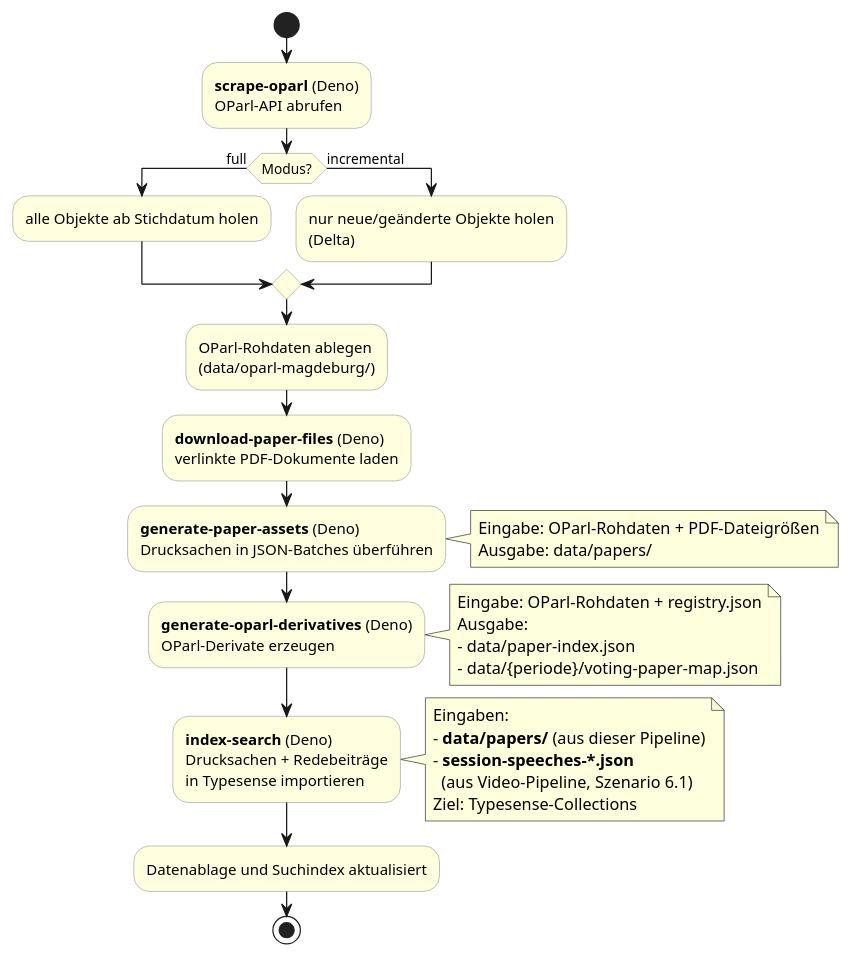
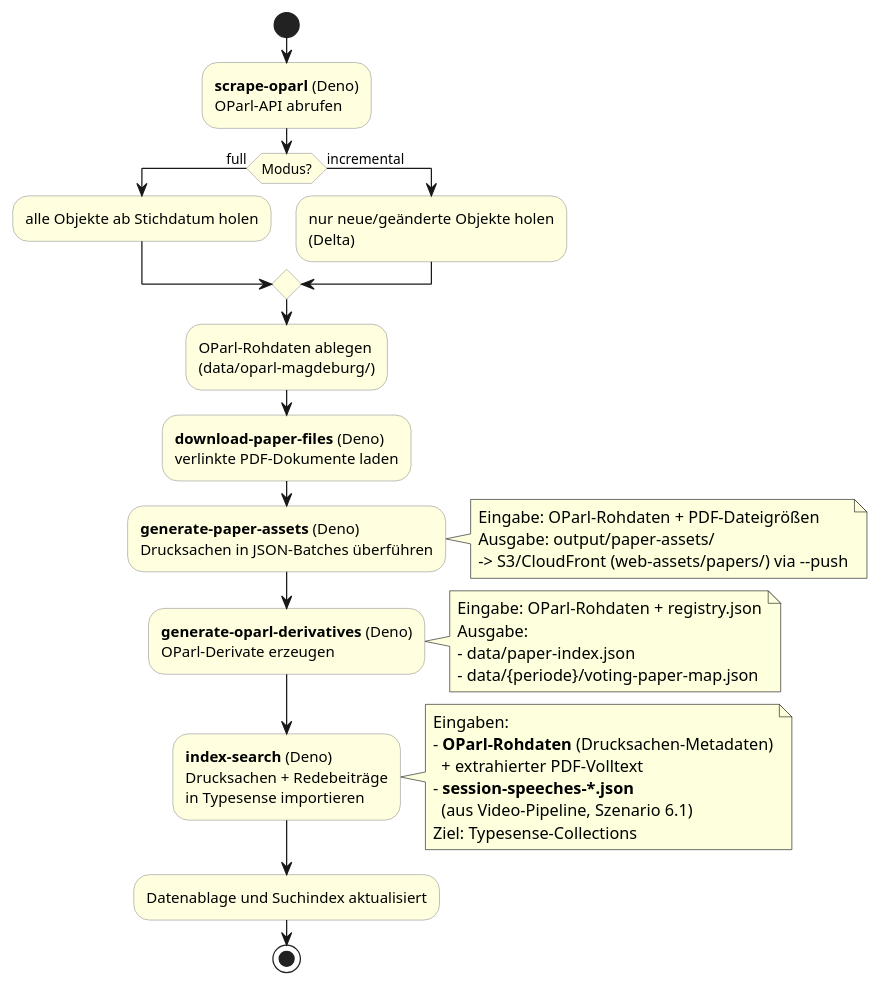
Before and after one commit to JensWinter/StadtratWatch-web: the diagram in docs/arc42/06-laufzeitsicht/02-oparl-ingestion.adoc, drawn with PlantUML. The commit also changed other lines of this file and 10 other files, not shown here.

First line of the commit message:
docs: consolidate runbook for scripted decentralized web-asset push (… (#493)

```diff
--- a/docs/arc42/06-laufzeitsicht/02-oparl-ingestion.adoc
+++ b/docs/arc42/06-laufzeitsicht/02-oparl-ingestion.adoc
@@ -26,45 +27,47 @@
 [plantuml,lz-oparl-ingestion,svg]
 ....
 @startuml
 skinparam shadowing false
 skinparam activity {
   BackgroundColor #lightyellow
   BorderColor #999999
 }
 
 start
 :**scrape-oparl** (Deno)\nOParl-API abrufen;
 if (Modus?) then (full)
   :alle Objekte ab Stichdatum holen;
 else (incremental)
   :nur neue/geänderte Objekte holen\n(Delta);
 endif
 :OParl-Rohdaten ablegen\n(data/oparl-magdeburg/);
 
 :**download-paper-files** (Deno)\nverlinkte PDF-Dokumente laden;
 :**generate-paper-assets** (Deno)\nDrucksachen in JSON-Batches überführen;
 note right
   Eingabe: OParl-Rohdaten + PDF-Dateigrößen
-  Ausgabe: data/papers/
+  Ausgabe: output/paper-assets/
+  -> S3/CloudFront (web-assets/papers/) via --push
 end note
 
 :**generate-oparl-derivatives** (Deno)\nOParl-Derivate erzeugen;
 note right
   Eingabe: OParl-Rohdaten + registry.json
   Ausgabe:
   - data/paper-index.json
   - data/{periode}/voting-paper-map.json
 end note
 
 :**index-search** (Deno)\nDrucksachen + Redebeiträge\nin Typesense importieren;
 note right
   Eingaben:
-  - **data/papers/** (aus dieser Pipeline)
+  - **OParl-Rohdaten** (Drucksachen-Metadaten)
+    + extrahierter PDF-Volltext
   - **session-speeches-*.json**
     (aus Video-Pipeline, Szenario 6.1)
   Ziel: Typesense-Collections
 end note
 :Datenablage und Suchindex aktualisiert;
 stop
 @enduml
 ....
```
